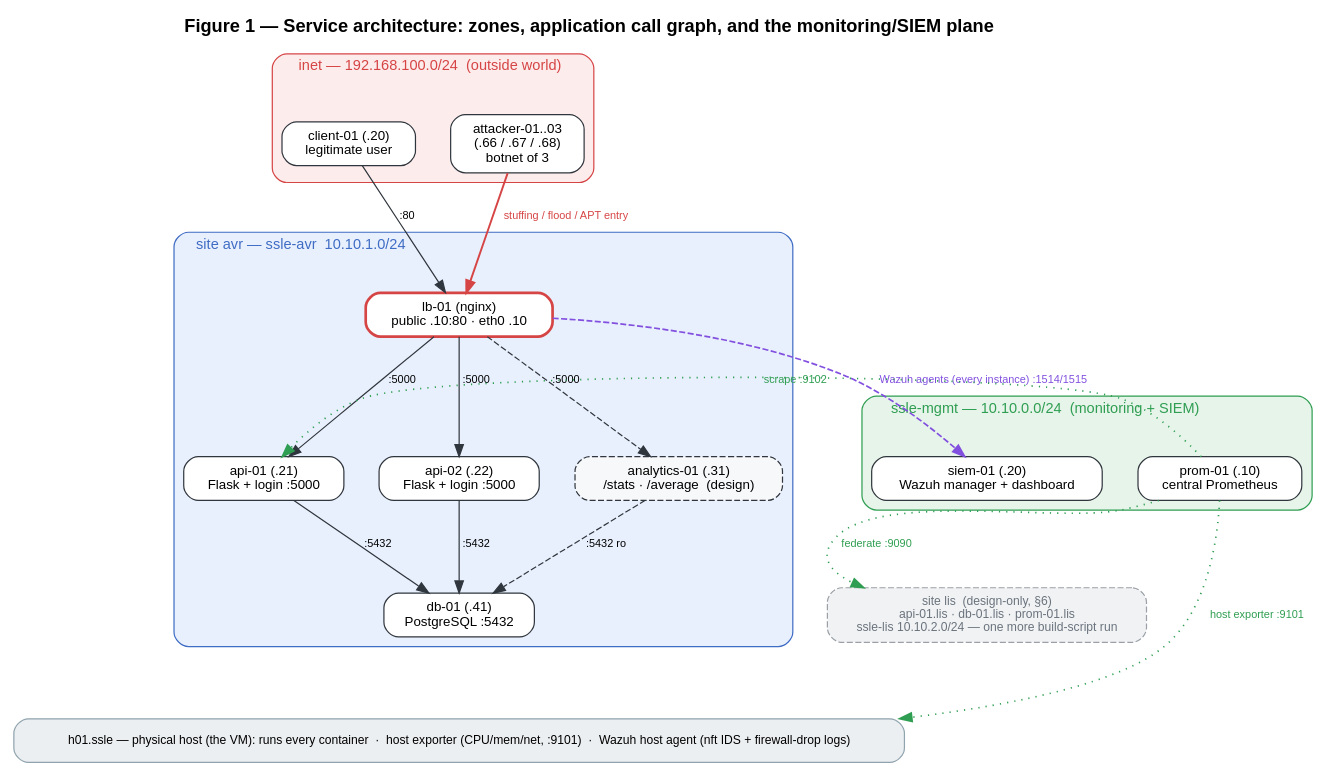
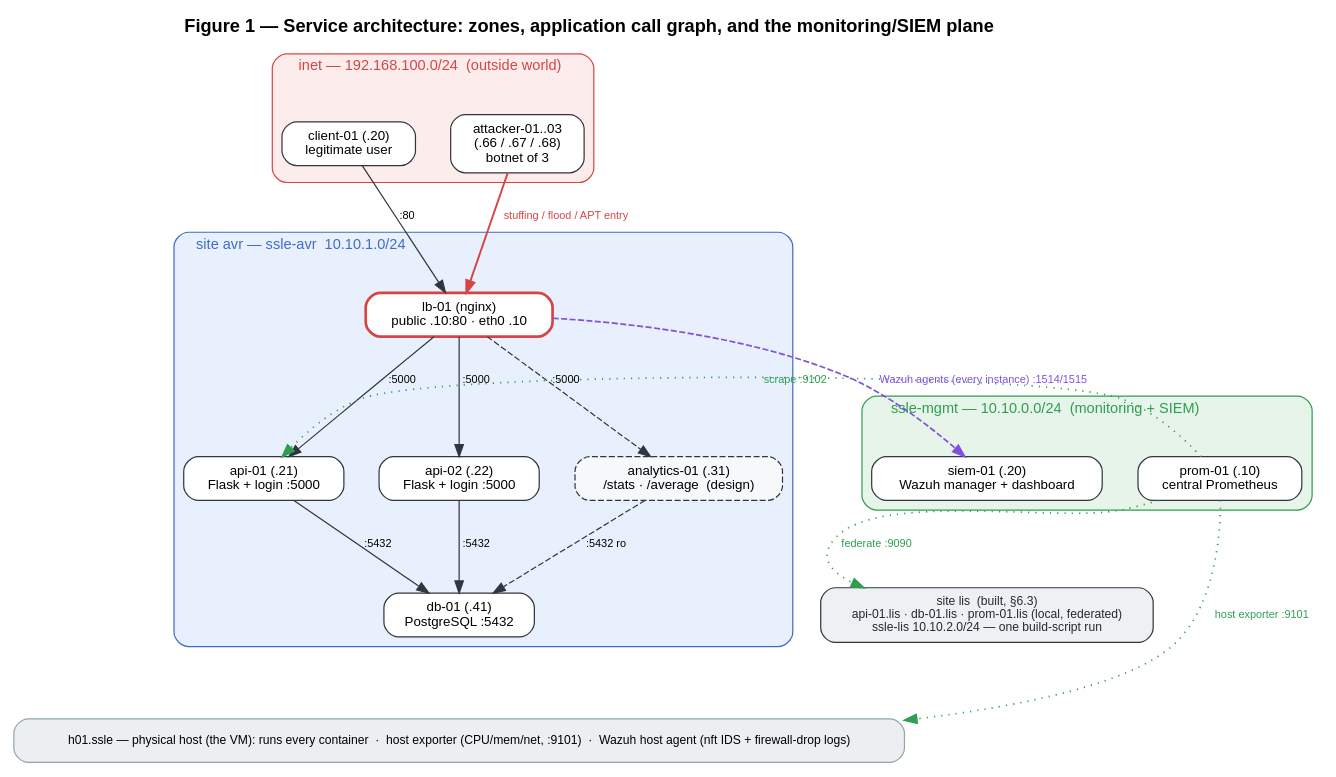
One commit to amaccr/SSLE_Project1 changed the diagram in docs/architecture.dot. Above: the diagram before and after it, drawn with Graphviz. The commit also changed 5 other files, not shown here.

First line of the commit message:
Build the lis site: federated local Prometheus, per-domain host exporter

```diff
--- a/docs/architecture.dot
+++ b/docs/architecture.dot
@@ -1,97 +1,97 @@
 // Service-architecture diagram for the report (docs/report.md, section 3).
 // Zones are clusters; Graphviz routes the edges. Four edge classes (keyed in the
 // report figure caption):
 //   black  = application call graph        red    = attack path (from inet)
 //   green dotted = Prometheus scrape/federate   purple dashed = Wazuh agent -> manager
 // Render:  dot -Tpng docs/architecture.dot -o images/architecture.png
 digraph arch {
   rankdir=TB;
   splines=true;
   compound=true;
   newrank=true;
   nodesep=0.4;
   ranksep=0.85;
   bgcolor="white";
   fontname="Helvetica";
   labelloc=t;
   label=<<b>Figure 1 — Service architecture: zones, application call graph, and the monitoring/SIEM plane</b>>;
   fontsize=15;
 
   node [shape=box, style="rounded,filled", fillcolor=white, color="#30363d",
         fontname="Helvetica", fontsize=11, margin="0.18,0.09"];
   edge [fontname="Helvetica", fontsize=9, color="#30363d"];
 
   // ---- inet ----
   subgraph cluster_inet {
     label="inet — 192.168.100.0/24  (outside world)";
     style="rounded,filled"; fillcolor="#fdecec"; color="#d64545"; labeljust="l";
     fontcolor="#d64545"; fontsize=12;
     client   [label="client-01 (.20)\nlegitimate user"];
     attacker [label="attacker-01..03\n(.66 / .67 / .68)\nbotnet of 3"];
   }
 
   // ---- site avr ----
   subgraph cluster_avr {
     label="site avr — ssle-avr  10.10.1.0/24";
     style="rounded,filled"; fillcolor="#e9f0fd"; color="#3f6cc4"; labeljust="l";
     fontcolor="#3f6cc4"; fontsize=12;
     lb        [label="lb-01 (nginx)\npublic .10:80 · eth0 .10",
                color="#d64545", penwidth=2.2];
     api1      [label="api-01 (.21)\nFlask + login :5000"];
     api2      [label="api-02 (.22)\nFlask + login :5000"];
     analytics [label="analytics-01 (.31)\n/stats · /average  (design)",
                style="rounded,dashed,filled", fillcolor="#f6f8fa"];
     db        [label="db-01 (.41)\nPostgreSQL :5432"];
   }
 
   // ---- ssle-mgmt ----
   subgraph cluster_mgmt {
     label="ssle-mgmt — 10.10.0.0/24  (monitoring + SIEM)";
     style="rounded,filled"; fillcolor="#e7f4ea"; color="#2f9e52"; labeljust="l";
     fontcolor="#2f9e52"; fontsize=12;
     prom [label="prom-01 (.10)\ncentral Prometheus"];
     siem [label="siem-01 (.20)\nWazuh manager + dashboard"];
   }
 
-  // ---- site lis (design-only, summarised to one node) ----
-  lis [label="site lis  (design-only, §6)\napi-01.lis · db-01.lis · prom-01.lis\nssle-lis 10.10.2.0/24 — one more build-script run",
-       style="rounded,dashed,filled", fillcolor="#f1f2f4",
-       color="#9aa0a6", fontcolor="#6a737d", fontsize=10];
+  // ---- site lis (built: scalability + bandwidth measurement, §6.3) ----
+  lis [label="site lis  (built, §6.3)\napi-01.lis · db-01.lis · prom-01.lis (local, federated)\nssle-lis 10.10.2.0/24 — one build-script run",
+       style="rounded,filled", fillcolor="#eef1f4",
+       color="#30363d", fontcolor="#24292f", fontsize=10];
 
   // ---- physical host ----
   host [label="h01.ssle — physical host (the VM): runs every container  ·  host exporter (CPU/mem/net, :9101)  ·  Wazuh host agent (nft IDS + firewall-drop logs)",
         shape=box, style="rounded,filled", fillcolor="#eceff1",
         color="#90a4ae", fontsize=10];
 
   // ===== application call graph (black) =====
   client    -> lb  [label=":80"];
   lb        -> api1 [label=":5000"];
   lb        -> api2 [label=":5000"];
   lb        -> analytics [label=":5000", style=dashed];
   api1      -> db  [label=":5432"];
   api2      -> db  [label=":5432"];
   analytics -> db  [label=":5432 ro", style=dashed];
 
   // ===== attack path (red) =====
   attacker -> lb [label="stuffing / flood / APT entry",
                   color="#d64545", fontcolor="#d64545", penwidth=1.6];
 
   // ===== Prometheus scrape / federate (green dotted, don't constrain ranks) =====
   prom -> api1 [label="scrape :9102", color="#2f9e52", fontcolor="#2f9e52",
                 style=dotted, penwidth=1.4, constraint=false];
   prom -> host [label="host exporter :9101", color="#2f9e52",
                 fontcolor="#2f9e52", style=dotted, penwidth=1.4, constraint=false];
   prom -> lis  [label="federate :9090", color="#2f9e52", fontcolor="#2f9e52",
                 style=dotted, penwidth=1.4, constraint=false];
 
   // ===== Wazuh agents (purple dashed, one representative flow) =====
   lb -> siem [label="Wazuh agents (every instance) :1514/1515",
               color="#8250df", fontcolor="#8250df", style=dashed,
               penwidth=1.4, constraint=false];
 
   // ===== layout hints =====
   {rank=same; api1; prom;}        // monitoring plane beside the app tier
   {rank=same; api2; siem;}
   siem -> lis  [style=invis];     // lis stacks below the mgmt plane
   db   -> host [style=invis, weight=10];  // host pinned to the bottom
 }
```
